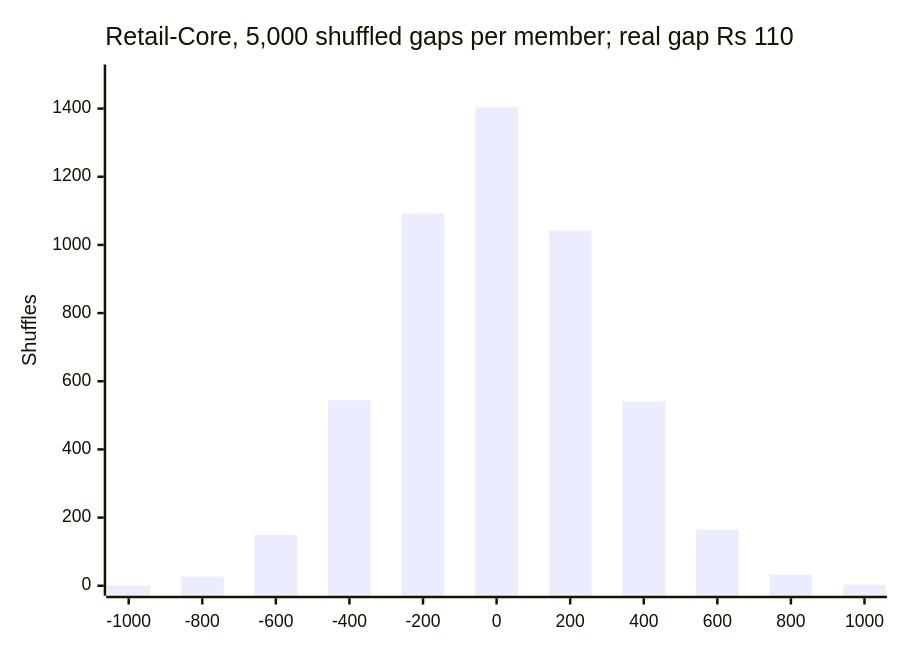
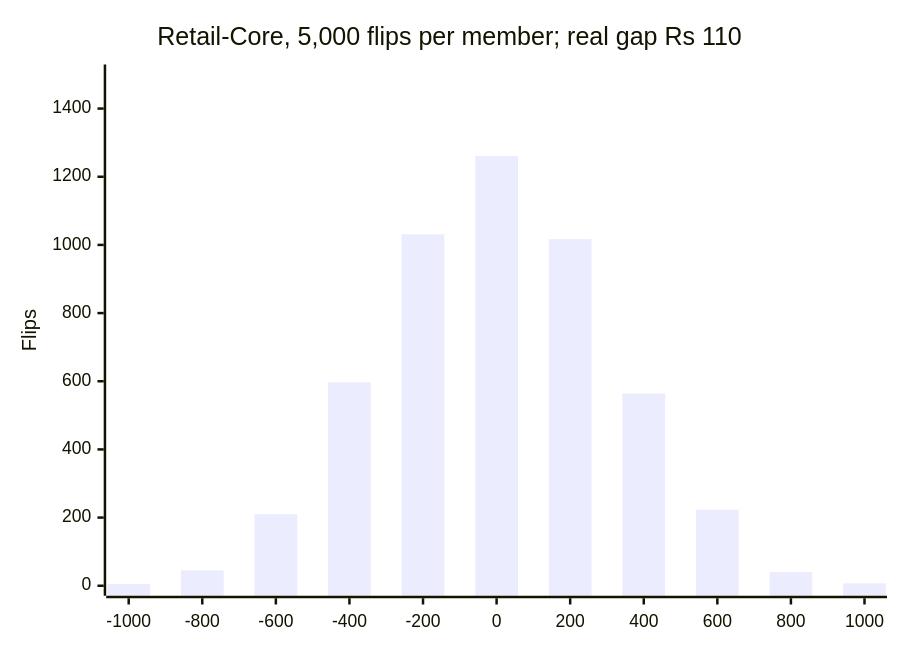
Before and after one commit to fde-academy-lab/c2-content-factory: the sixth of 32 diagrams in content/W01/D4/slides/C2_W01_D04_half1_STUDENT.md, drawn with Mermaid. The commit also changed other lines of this file and 4 other files, not shown here.

````diff
--- a/content/W01/D4/slides/C2_W01_D04_half1_STUDENT.md
+++ b/content/W01/D4/slides/C2_W01_D04_half1_STUDENT.md
@@ -316,7 +327,7 @@
 ```mermaid
 xychart-beta
-    title "Retail-Core, 5,000 shuffled gaps per member; real gap Rs 110"
+    title "Retail-Core, 5,000 flips per member; real gap Rs 110"
     x-axis ["-1000", "-800", "-600", "-400", "-200", "0", "200", "400", "600", "800", "1000"]
-    y-axis "Shuffles" 0 --> 1500
-    bar [1, 27, 149, 544, 1092, 1404, 1042, 541, 165, 32, 3]
+    y-axis "Flips" 0 --> 1500
+    bar [5, 45, 210, 597, 1031, 1261, 1017, 564, 223, 40, 7]
 ```
````
